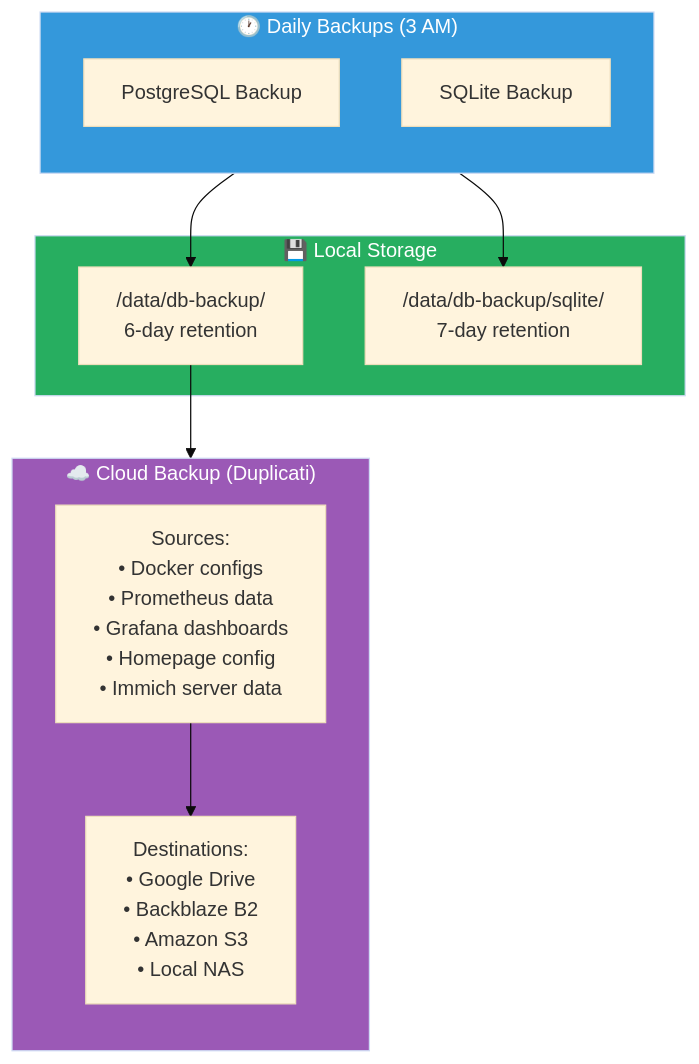
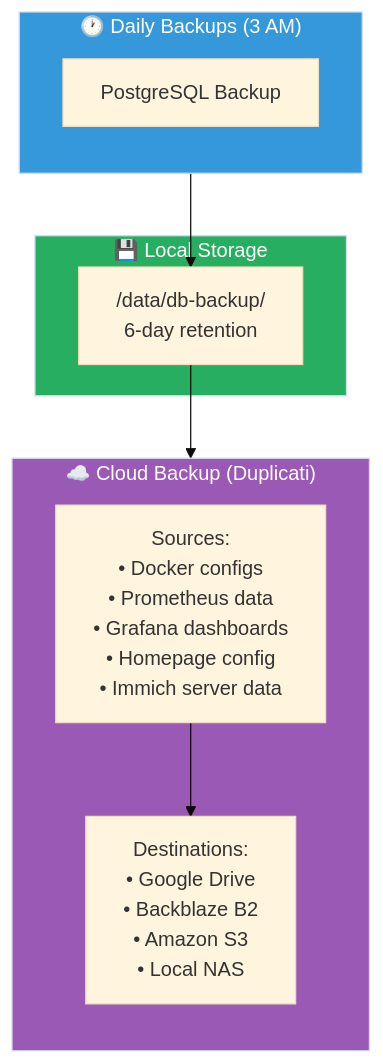
Before and after one commit to manumanohar11/homelab: the first of 8 diagrams in docs/backup.md, drawn with Mermaid (base theme). The commit also changed other lines of this file and 4893 other files, not shown here.

````diff
--- a/docs/backup.md
+++ b/docs/backup.md
@@ -26,28 +26,25 @@
 ```mermaid
 flowchart TB
     subgraph DAILY["🕐 Daily Backups (3 AM)"]
         direction TB
         PG["PostgreSQL Backup"]
-        SQLite["SQLite Backup"]
     end
 
     subgraph LOCAL_STORAGE["💾 Local Storage"]
         DB_Backup["/data/db-backup/<br/>6-day retention"]
-        SQLite_Backup["/data/db-backup/sqlite/<br/>7-day retention"]
     end
 
     subgraph CLOUD["☁️ Cloud Backup (Duplicati)"]
         direction TB
         Sources["Sources:<br/>• Docker configs<br/>• Prometheus data<br/>• Grafana dashboards<br/>• Homepage config<br/>• Immich server data"]
         Destinations["Destinations:<br/>• Google Drive<br/>• Backblaze B2<br/>• Amazon S3<br/>• Local NAS"]
     end
 
     PG --> DB_Backup
-    SQLite --> SQLite_Backup
     DB_Backup --> Destinations
     Sources --> Destinations
 
     style DAILY fill:#3498db,color:#fff
     style LOCAL_STORAGE fill:#27ae60,color:#fff
     style CLOUD fill:#9b59b6,color:#fff
 ```
````
